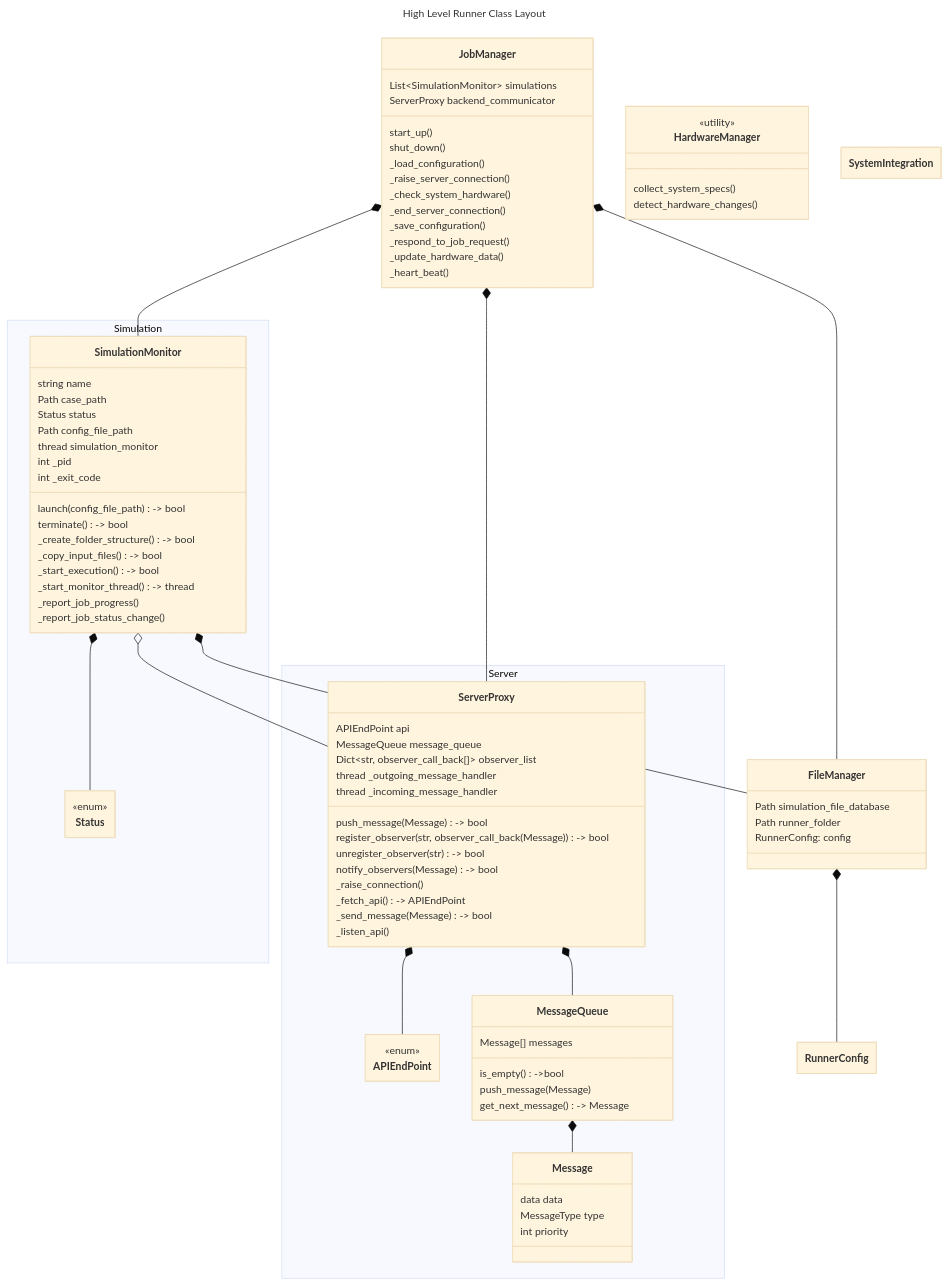
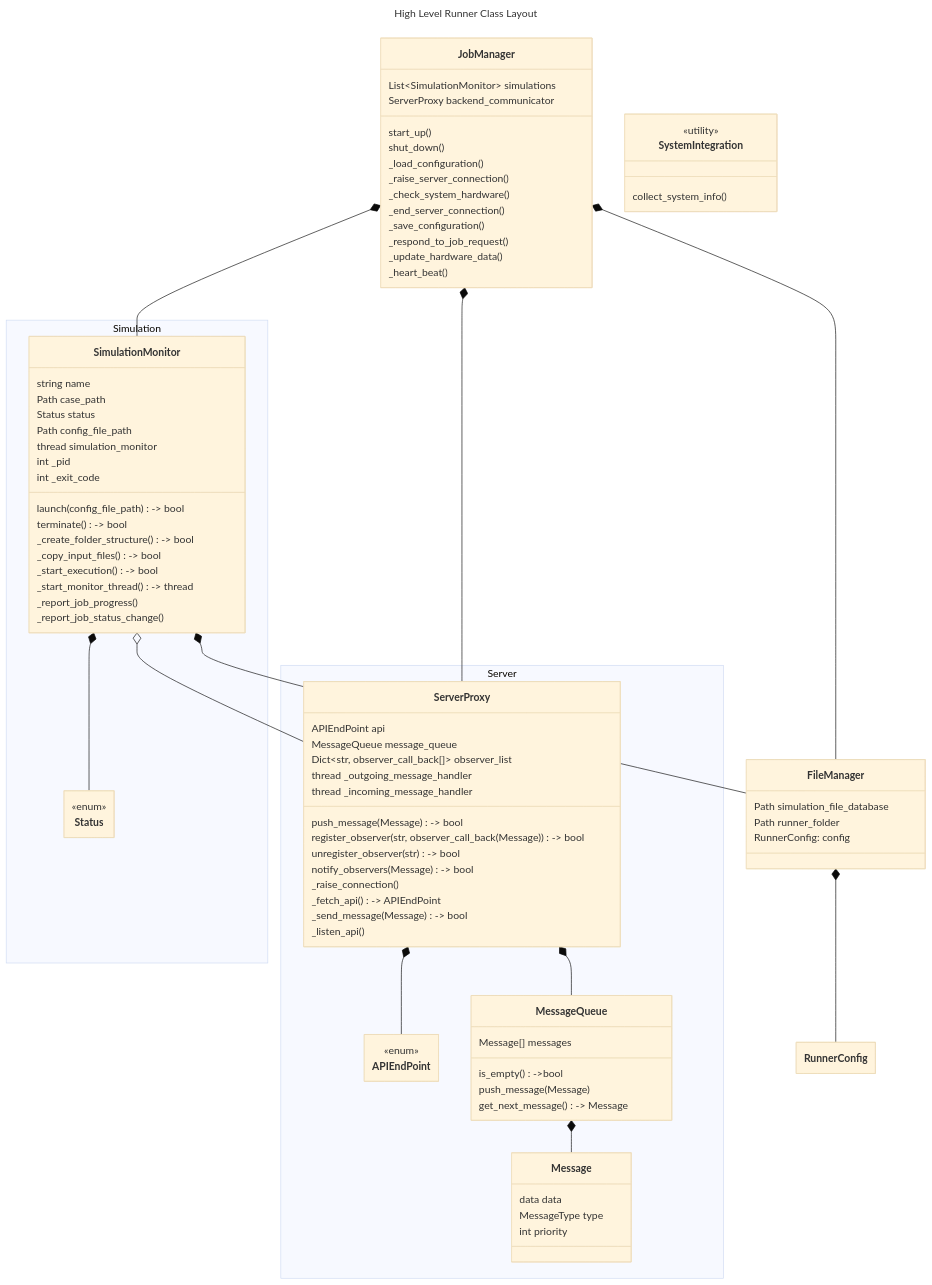
One commit to fyn-tech/fyn-runner changed the diagram in docs/primary_design.md. Above: the diagram before and after it, drawn with Mermaid (base theme). The commit also changed other lines of this file and 5 other files, not shown here.

Commit message:
- hardware rolled into system package. - general untested system collection of pc data.

````diff
--- a/docs/primary_design.md
+++ b/docs/primary_design.md
@@ -98,6 +96,7 @@
 
   %% Classes
   class JobManager {
+    %% FIXME: Hardware/system info stuff is not in the job manager.
     %% Attributes:
     List~SimulationMonitor~ simulations
     ServerProxy backend_communicator
@@ -110,7 +109,7 @@
     %% Startup procedures
     _load_configuration()
     _raise_server_connection()
-    _check_system_hardware()
+    _check_system_hardware() 
 
     %% Startup procedures
     _end_server_connection()
@@ -162,12 +161,6 @@
     RunnerConfig: config
   }
 
-  class HardwareManager {
-    <<utility>>
-    collect_system_specs()
-    detect_hardware_changes()
-  }
-
   namespace Server {
     class ServerProxy {
       %% Attributes:
@@ -210,6 +203,7 @@
   }
 
   class SystemIntegration {
-
+    <<utility>>
+    collect_system_info()
   }
 ```
````
